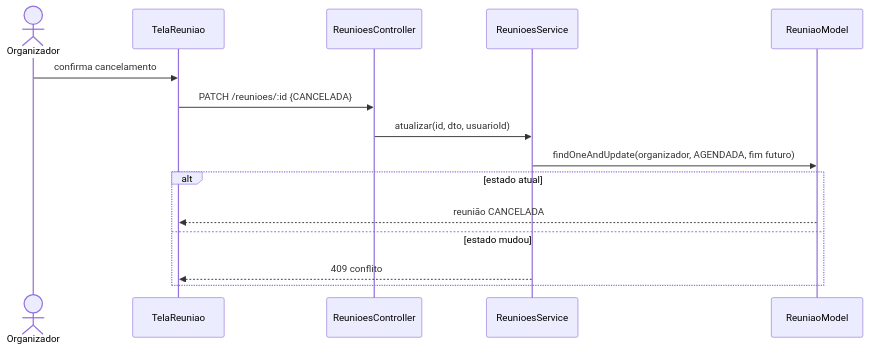
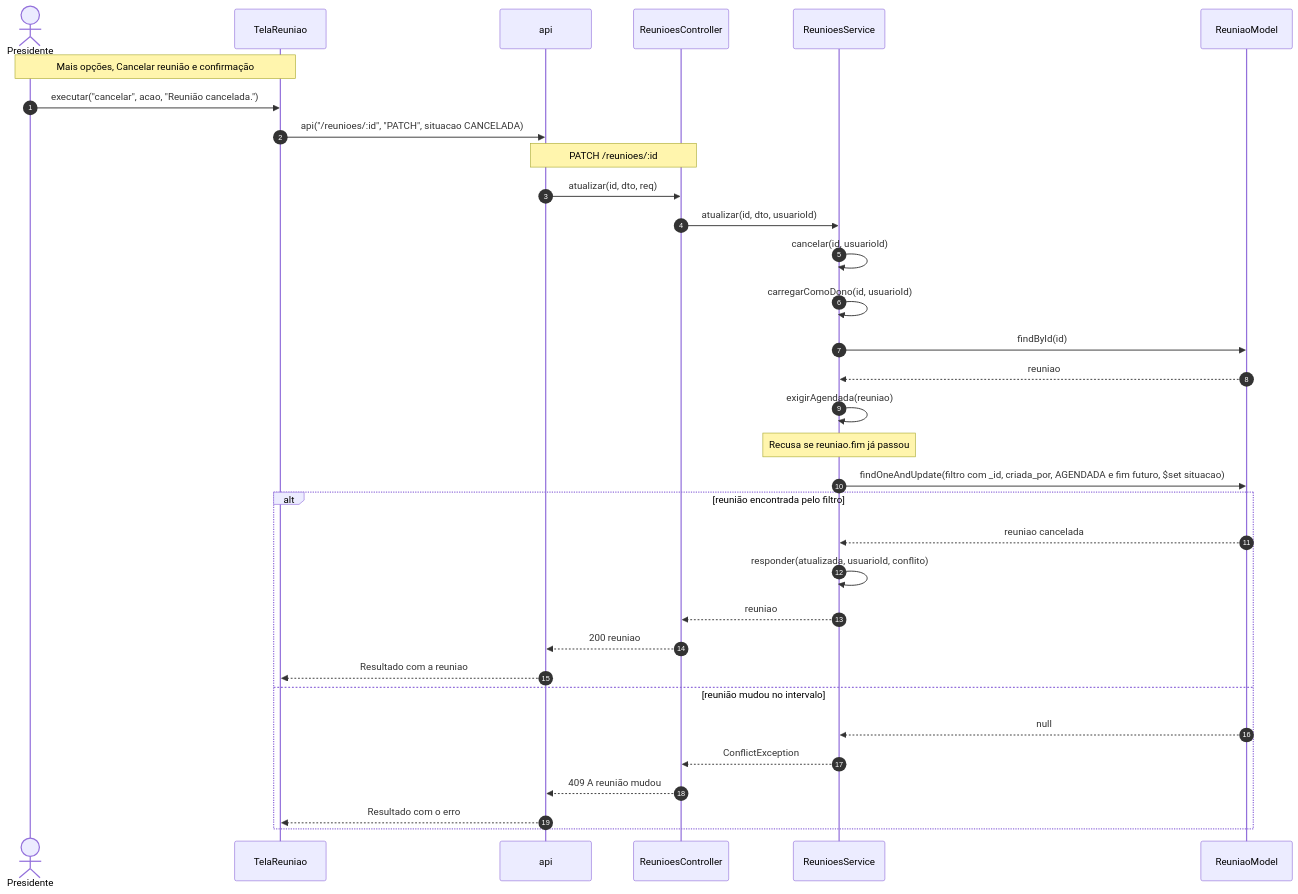
Before and after one commit to Conecta-IFSP/DOCUMENTATION: the fourth of 13 diagrams in 3 - Incremento2/reunioes/6 - diagramas-sequencia-reunioes.md, drawn with Mermaid. The commit also changed other lines of this file and 26 other files, not shown here.

Commit message:
Ata de reunião e ajustes pedidos pelo professor

````diff
--- a/3 - Incremento2/reunioes/6 - diagramas-sequencia-reunioes.md
+++ b/3 - Incremento2/reunioes/6 - diagramas-sequencia-reunioes.md
@@ -62,17 +110,35 @@
 ```mermaid
 sequenceDiagram
-    actor U as Organizador
+    autonumber
+    actor U as Presidente
     participant T as TelaReuniao
+    participant A as api
     participant C as ReunioesController
     participant S as ReunioesService
     participant M as ReuniaoModel
-    U->>T: confirma cancelamento
-    T->>C: PATCH /reunioes/:id {CANCELADA}
+    Note over U,T: Mais opções, Cancelar reunião e confirmação
+    U->>T: executar("cancelar", acao, "Reunião cancelada.")
+    T->>A: api("/reunioes/:id", "PATCH", situacao CANCELADA)
+    Note over A,C: PATCH /reunioes/:id
+    A->>C: atualizar(id, dto, req)
     C->>S: atualizar(id, dto, usuarioId)
-    S->>M: findOneAndUpdate(organizador, AGENDADA, fim futuro)
-    alt estado atual
-        M-->>T: reunião CANCELADA
-    else estado mudou
-        S-->>T: 409 conflito
+    S->>S: cancelar(id, usuarioId)
+    S->>S: carregarComoDono(id, usuarioId)
+    S->>M: findById(id)
+    M-->>S: reuniao
+    S->>S: exigirAgendada(reuniao)
+    Note over S: Recusa se reuniao.fim já passou
+    S->>M: findOneAndUpdate(filtro com _id, criada_por, AGENDADA e fim futuro, $set situacao)
+    alt reunião encontrada pelo filtro
+        M-->>S: reuniao cancelada
+        S->>S: responder(atualizada, usuarioId, conflito)
+        S-->>C: reuniao
+        C-->>A: 200 reuniao
+        A-->>T: Resultado com a reuniao
+    else reunião mudou no intervalo
+        M-->>S: null
+        S-->>C: ConflictException
+        C-->>A: 409 A reunião mudou
+        A-->>T: Resultado com o erro
     end
 ```
````
